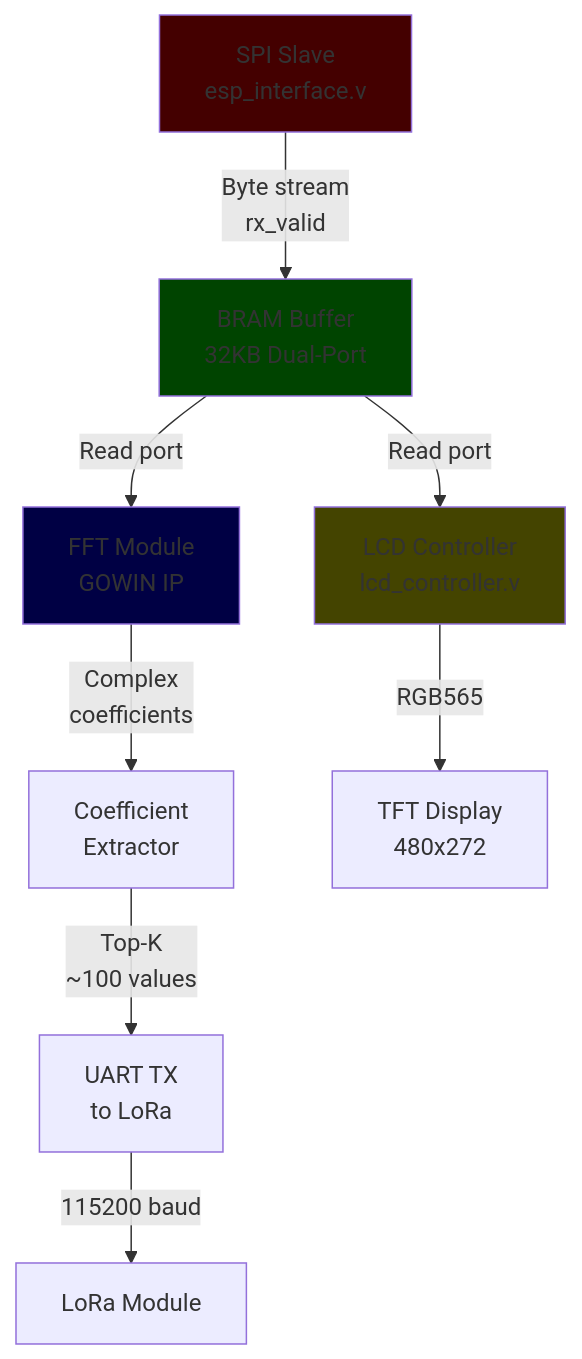
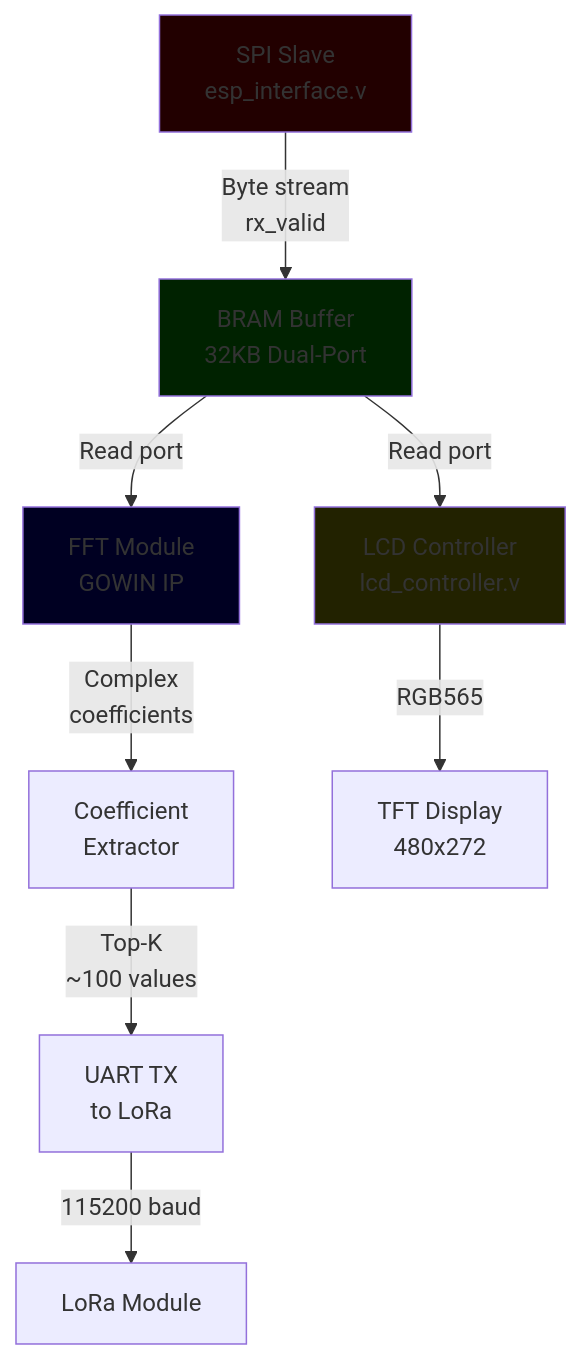
The first of 2 diagrams in FPGA_Unit/docs/SDD/SDD400.md (ColeZenk/SD403_TrailCamera_NDSU), drawn with Mermaid before and after one commit. The commit also changed other lines of this file, not shown here.

Commit message:
updated colorscheme

````diff
--- a/FPGA_Unit/docs/SDD/SDD400.md
+++ b/FPGA_Unit/docs/SDD/SDD400.md
@@ -73,23 +73,23 @@
 ```mermaid
 flowchart TD
     SPI[SPI Slave<br/>esp_interface.v]
     BRAM[BRAM Buffer<br/>32KB Dual-Port]
     LCD_CTRL[LCD Controller<br/>lcd_controller.v]
     FFT[FFT Module<br/>GOWIN IP]
     COEFF[Coefficient<br/>Extractor]
     UART[UART TX<br/>to LoRa]
     TFT[TFT Display<br/>480x272]
 
     SPI -->|Byte stream<br/>rx_valid| BRAM
     BRAM -->|Read port| LCD_CTRL
     BRAM -->|Read port| FFT
     LCD_CTRL -->|RGB565| TFT
     FFT -->|Complex<br/>coefficients| COEFF
     COEFF -->|Top-K<br/>~100 values| UART
     UART -->|115200 baud| LORA_TX[LoRa Module]
 
-    style SPI fill:#440000
-    style BRAM fill:#004400
-    style FFT fill:#000044
-    style LCD_CTRL fill:#444400
+    style SPI fill:#220000
+    style BRAM fill:#002200
+    style FFT fill:#000022
+    style LCD_CTRL fill:#222200
 ```
````
